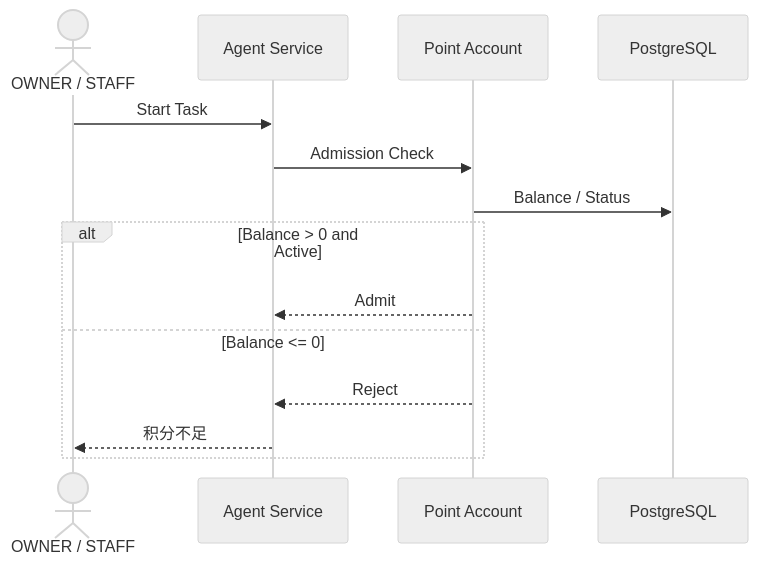
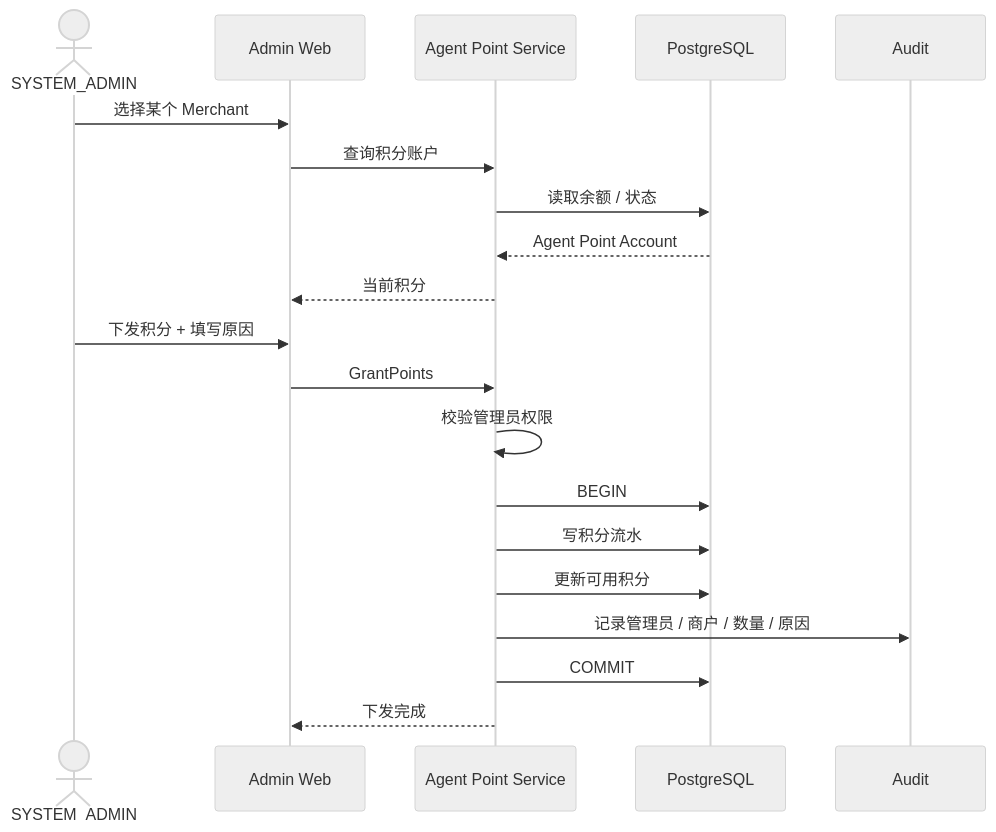
The third of 7 diagrams in docs/system-design/01-账户与身份/07-Agent积分账户.md (sxyq/mastergoods), drawn with Mermaid (neutral theme) before and after one commit. The commit also changed other lines of this file and 12 other files, not shown here.

Commit message:
docs(system-design): sync detailed design and explain flows

````diff
--- a/docs/system-design/01-账户与身份/07-Agent积分账户.md
+++ b/docs/system-design/01-账户与身份/07-Agent积分账户.md
@@ -71,18 +129,24 @@
 ```mermaid
 sequenceDiagram
-    actor U as OWNER / STAFF
-    participant TASK as Agent Service
-    participant POINT as Point Account
+    actor SA as SYSTEM_ADMIN
+    participant WEB as Admin Web
+    participant P as Agent Point Service
     participant DB as PostgreSQL
+    participant AUDIT as Audit
 
-    U->>TASK: Start Task
-    TASK->>POINT: Admission Check
-    POINT->>DB: Balance / Status
+    SA->>WEB: 选择某个 Merchant
+    WEB->>P: 查询积分账户
+    P->>DB: 读取余额 / 状态
+    DB-->>P: Agent Point Account
+    P-->>WEB: 当前积分
 
-    alt Balance > 0 and Active
-        POINT-->>TASK: Admit
-    else Balance <= 0
-        POINT-->>TASK: Reject
-        TASK-->>U: 积分不足
-    end
+    SA->>WEB: 下发积分 + 填写原因
+    WEB->>P: GrantPoints
+    P->>P: 校验管理员权限
+    P->>DB: BEGIN
+    P->>DB: 写积分流水
+    P->>DB: 更新可用积分
+    P->>AUDIT: 记录管理员 / 商户 / 数量 / 原因
+    P->>DB: COMMIT
+    P-->>WEB: 下发完成
 ```
````
